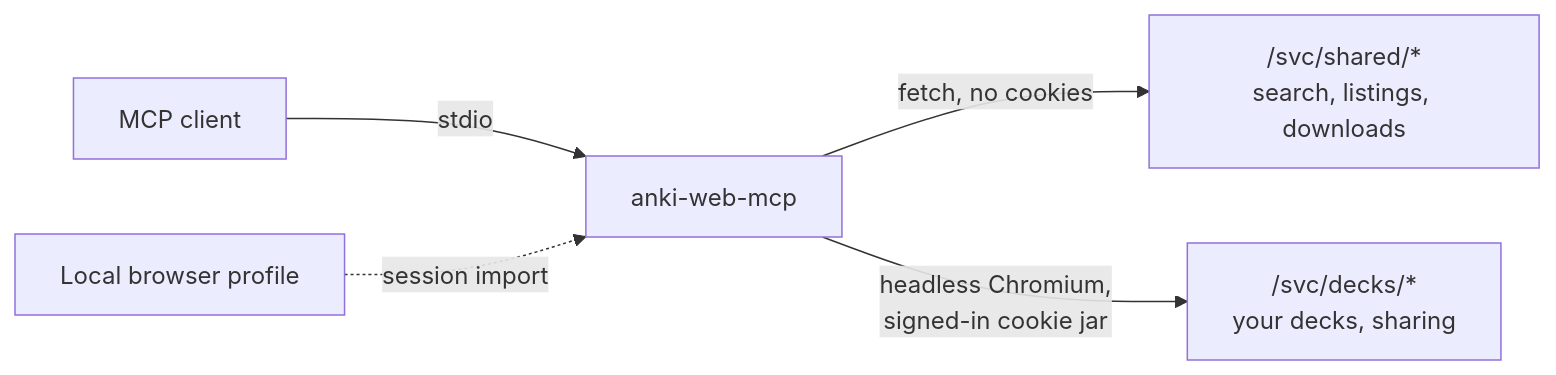
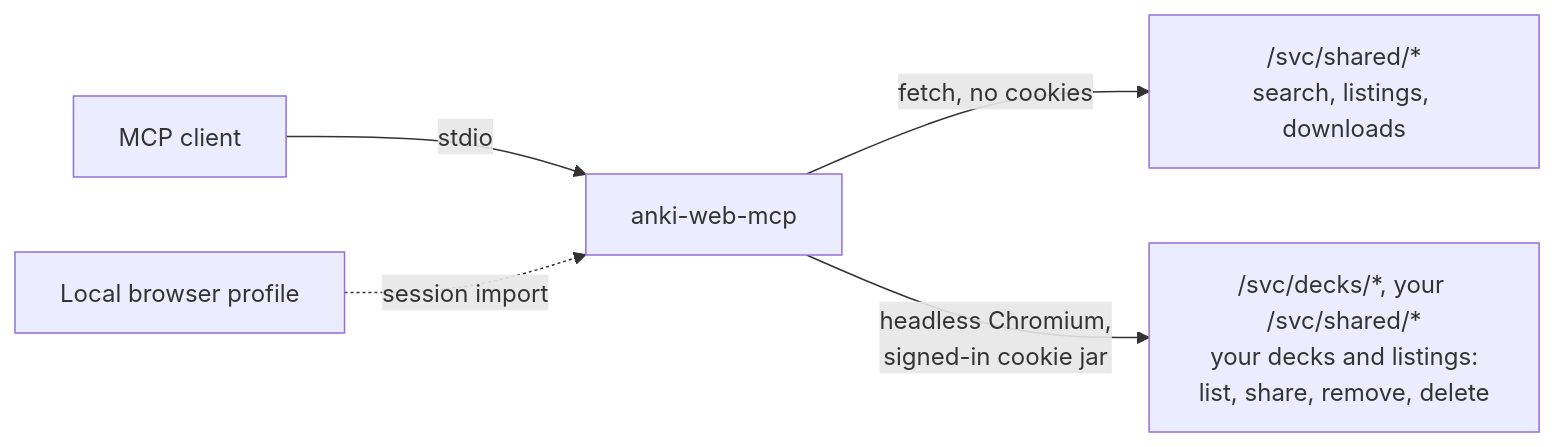
The diagram in README.md (shbernal/anki-web-mcp), drawn with Mermaid before and after one commit. The commit also changed other lines of this file and 4 other files, not shown here.

````diff
--- a/README.md
+++ b/README.md
@@ -155,7 +155,7 @@
 ```mermaid
 flowchart LR
   A[MCP client] -- stdio --> S[anki-web-mcp]
   S -- "fetch, no cookies" --> P["/svc/shared/*<br>search, listings, downloads"]
-  S -- "headless Chromium,<br>signed-in cookie jar" --> U["/svc/decks/*<br>your decks, sharing"]
+  S -- "headless Chromium,<br>signed-in cookie jar" --> U["/svc/decks/*, your /svc/shared/*<br>your decks and listings:<br>list, share, remove, delete"]
   B[Local browser profile] -. "session import" .-> S
 ```
````
